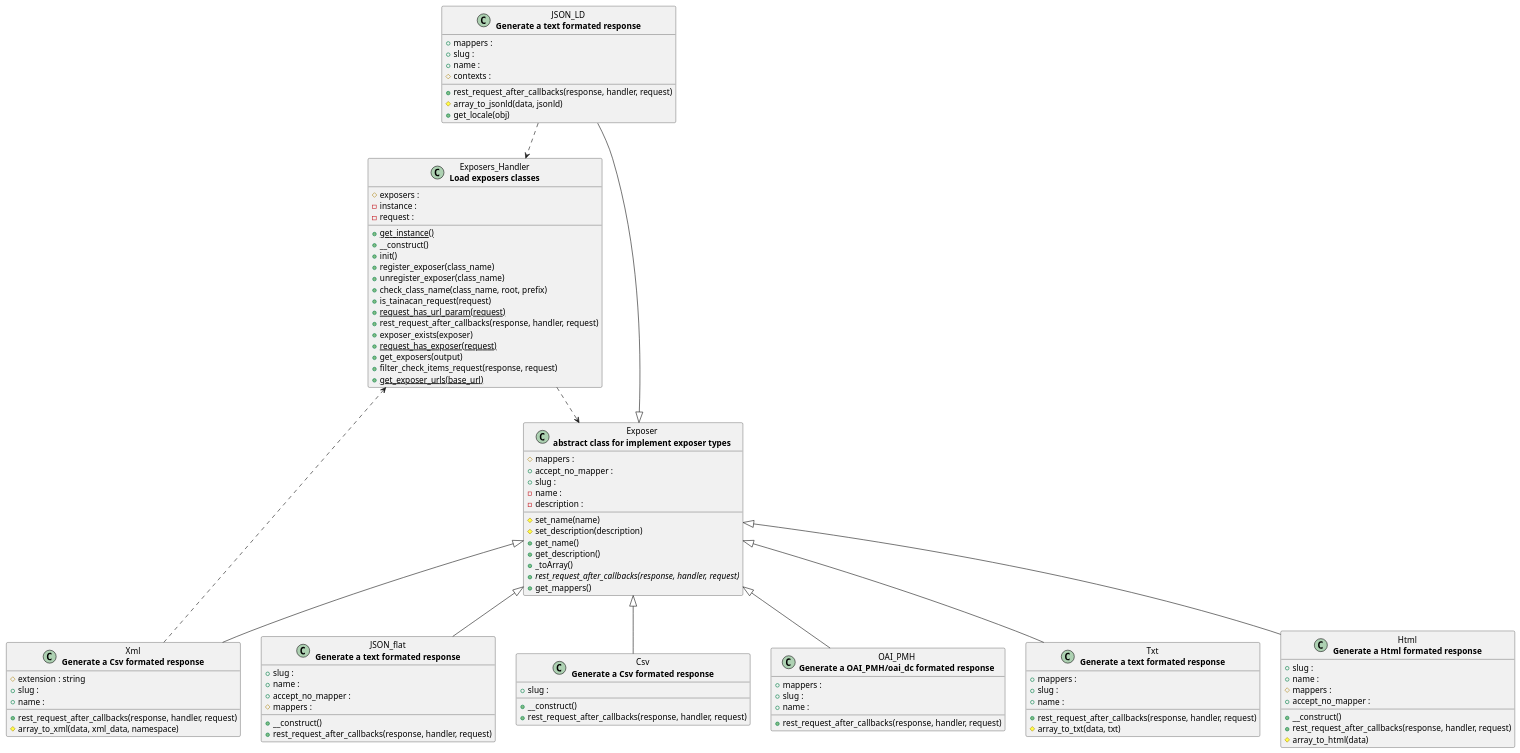
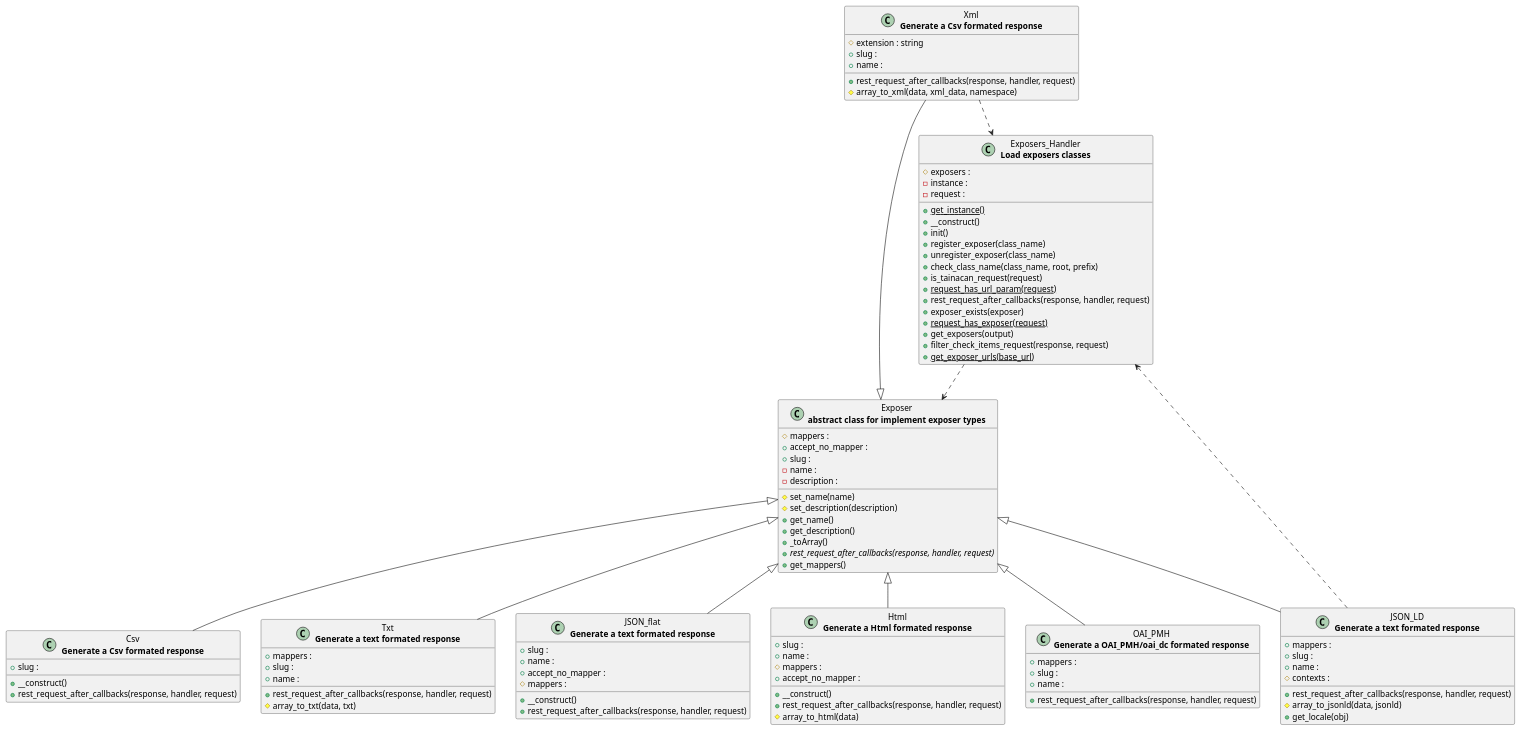
Before and after one commit to tainacan/tainacan: the diagram in docs/diagrams/tainacan-namespace-Tainacan-Exposers.puml, drawn with PlantUML. The commit also changed other lines of this file and 94 other files, not shown here.

```diff
--- a/docs/diagrams/tainacan-namespace-Tainacan-Exposers.puml
+++ b/docs/diagrams/tainacan-namespace-Tainacan-Exposers.puml
@@ -1,96 +1,96 @@
 @startuml class-diagram
-  class "JSON_LD\n<b>Generate a text formated response</b>" as JSON_LD {
-    +mappers : 
+  class "Xml\n<b>Generate a Csv formated response</b>" as Xml {
+    #extension : string
     +slug : 
     +name : 
-    #contexts : 
     +rest_request_after_callbacks(response, handler, request)
-    #array_to_jsonld(data, jsonld)
-    +get_locale(obj)
-  }
-  class "Exposer\n<b>abstract class for implement exposer types</b>" as Exposer {
-    #mappers : 
-    +accept_no_mapper : 
-    +slug : 
-    -name : 
-    -description : 
-    #set_name(name)
-    #set_description(description)
-    +get_name()
-    +get_description()
-    +_toArray()
-    {abstract} +rest_request_after_callbacks(response, handler, request)
-    +get_mappers()
-  }
-  class "JSON_flat\n<b>Generate a text formated response</b>" as JSON_flat {
-    +slug : 
-    +name : 
-    +accept_no_mapper : 
-    #mappers : 
-    +__construct()
-    +rest_request_after_callbacks(response, handler, request)
+    #array_to_xml(data, xml_data, namespace)
   }
   class "Csv\n<b>Generate a Csv formated response</b>" as Csv {
     +slug : 
     +__construct()
-    +rest_request_after_callbacks(response, handler, request)
-  }
-  class "OAI_PMH\n<b>Generate a OAI_PMH/oai_dc formated response</b>" as OAI_PMH {
-    +mappers : 
-    +slug : 
-    +name : 
     +rest_request_after_callbacks(response, handler, request)
   }
   class "Txt\n<b>Generate a text formated response</b>" as Txt {
     +mappers : 
     +slug : 
     +name : 
     +rest_request_after_callbacks(response, handler, request)
     #array_to_txt(data, txt)
-  }
-  class "Xml\n<b>Generate a Csv formated response</b>" as Xml {
-    #extension : string
-    +slug : 
-    +name : 
-    +rest_request_after_callbacks(response, handler, request)
-    #array_to_xml(data, xml_data, namespace)
   }
   class "Exposers_Handler\n<b>Load exposers classes</b>" as Exposers_Handler {
     #exposers : 
     -instance : 
     -request : 
     {static} +get_instance()
     +__construct()
     +init()
     +register_exposer(class_name)
     +unregister_exposer(class_name)
     +check_class_name(class_name, root, prefix)
     +is_tainacan_request(request)
     {static} +request_has_url_param(request)
     +rest_request_after_callbacks(response, handler, request)
     +exposer_exists(exposer)
     {static} +request_has_exposer(request)
     +get_exposers(output)
     +filter_check_items_request(response, request)
     {static} +get_exposer_urls(base_url)
   }
+  class "JSON_flat\n<b>Generate a text formated response</b>" as JSON_flat {
+    +slug : 
+    +name : 
+    +accept_no_mapper : 
+    #mappers : 
+    +__construct()
+    +rest_request_after_callbacks(response, handler, request)
+  }
   class "Html\n<b>Generate a Html formated response</b>" as Html {
     +slug : 
     +name : 
     #mappers : 
     +accept_no_mapper : 
     +__construct()
     +rest_request_after_callbacks(response, handler, request)
     #array_to_html(data)
+  }
+  class "Exposer\n<b>abstract class for implement exposer types</b>" as Exposer {
+    #mappers : 
+    +accept_no_mapper : 
+    +slug : 
+    -name : 
+    -description : 
+    #set_name(name)
+    #set_description(description)
+    +get_name()
+    +get_description()
+    +_toArray()
+    {abstract} +rest_request_after_callbacks(response, handler, request)
+    +get_mappers()
+  }
+  class "JSON_LD\n<b>Generate a text formated response</b>" as JSON_LD {
+    +mappers : 
+    +slug : 
+    +name : 
+    #contexts : 
+    +rest_request_after_callbacks(response, handler, request)
+    #array_to_jsonld(data, jsonld)
+    +get_locale(obj)
+  }
+  class "OAI_PMH\n<b>Generate a OAI_PMH/oai_dc formated response</b>" as OAI_PMH {
+    +mappers : 
+    +slug : 
+    +name : 
+    +rest_request_after_callbacks(response, handler, request)
   }
   Exposer <|-- Csv
   Exposer <|-- Html
   Exposer <|-- JSON_LD
   Exposer <|-- JSON_flat
   Exposer <|-- OAI_PMH
   Exposer <|-- Txt
   Exposer <|-- Xml
   Exposers_Handler ..> Exposer
   JSON_LD ..> Exposers_Handler
   Xml ..> Exposers_Handler
 @enduml
```
